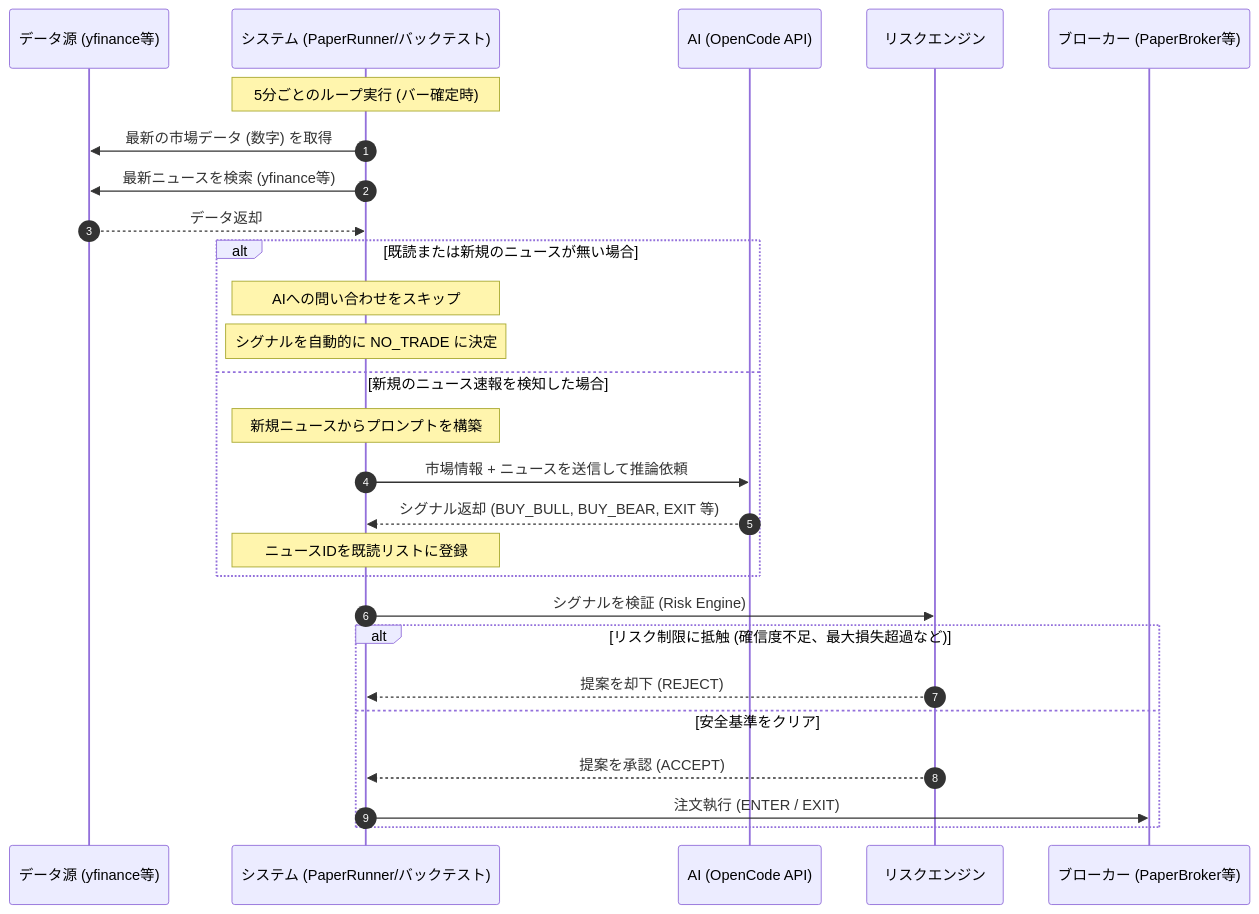
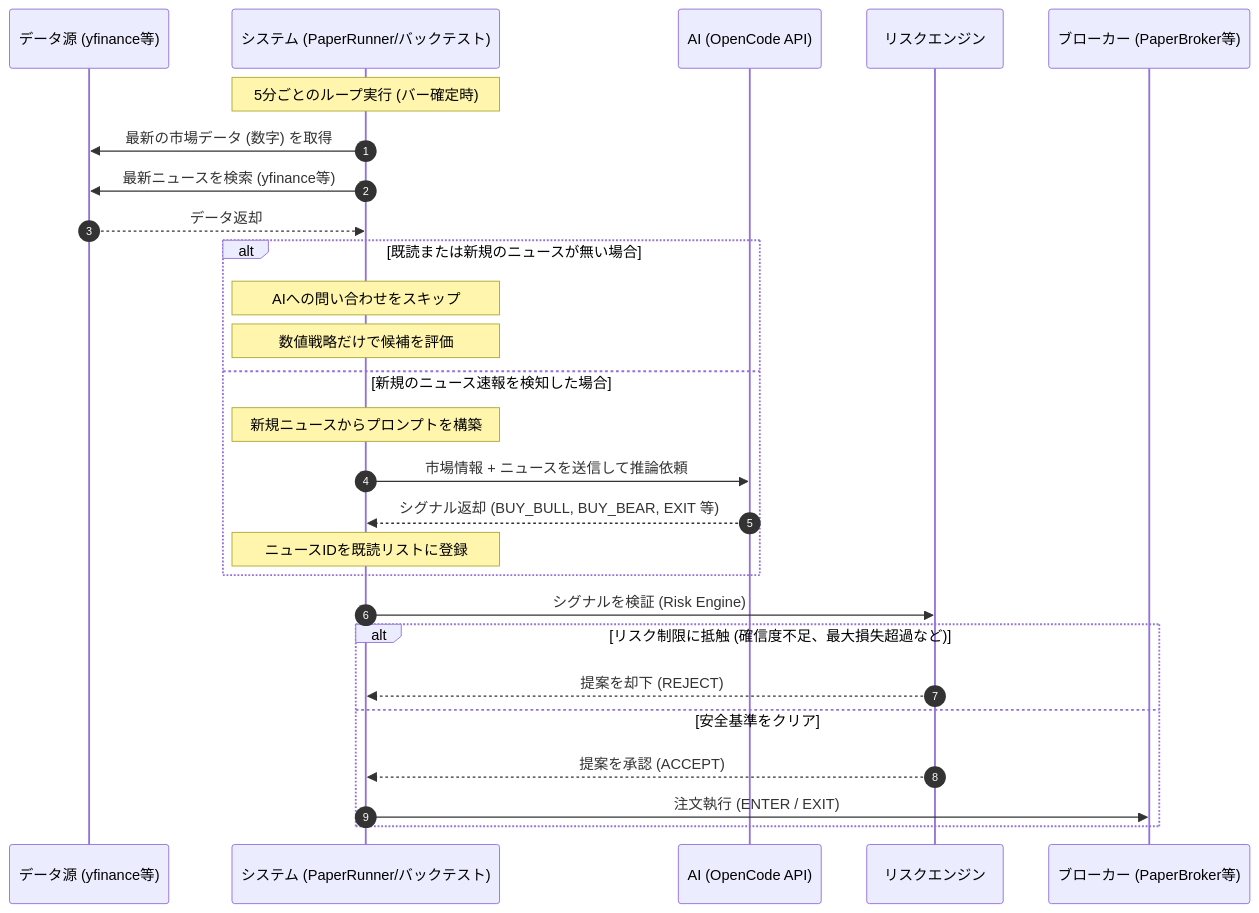
One commit to yuga-hashimoto/bullbear-ai-trader changed the diagram in README.md. Above: the diagram before and after it, drawn with Mermaid. The commit also changed other lines of this file and 42 other files, not shown here.

````diff
--- a/README.md
+++ b/README.md
@@ -24,32 +24,32 @@
 ```mermaid
 sequenceDiagram
     autonumber
     participant D as データ源 (yfinance等)
     participant S as システム (PaperRunner/バックテスト)
     participant A as AI (OpenCode API)
     participant R as リスクエンジン
     participant B as ブローカー (PaperBroker等)
 
     Note over S: 5分ごとのループ実行 (バー確定時)
     S->>D: 最新の市場データ (数字) を取得
     S->>D: 最新ニュースを検索 (yfinance等)
     D-->>S: データ返却
     
     alt 既読または新規のニュースが無い場合
         Note over S: AIへの問い合わせをスキップ
-        Note over S: シグナルを自動的に NO_TRADE に決定
+        Note over S: 数値戦略だけで候補を評価
     else 新規のニュース速報を検知した場合
         Note over S: 新規ニュースからプロンプトを構築
         S->>A: 市場情報 + ニュースを送信して推論依頼
         A-->>S: シグナル返却 (BUY_BULL, BUY_BEAR, EXIT 等)
         Note over S: ニュースIDを既読リストに登録
     end
 
     S->>R: シグナルを検証 (Risk Engine)
     alt リスク制限に抵触 (確信度不足、最大損失超過など)
         R-->>S: 提案を却下 (REJECT)
     else 安全基準をクリア
         R-->>S: 提案を承認 (ACCEPT)
         S->>B: 注文執行 (ENTER / EXIT)
     end
 ```
````
